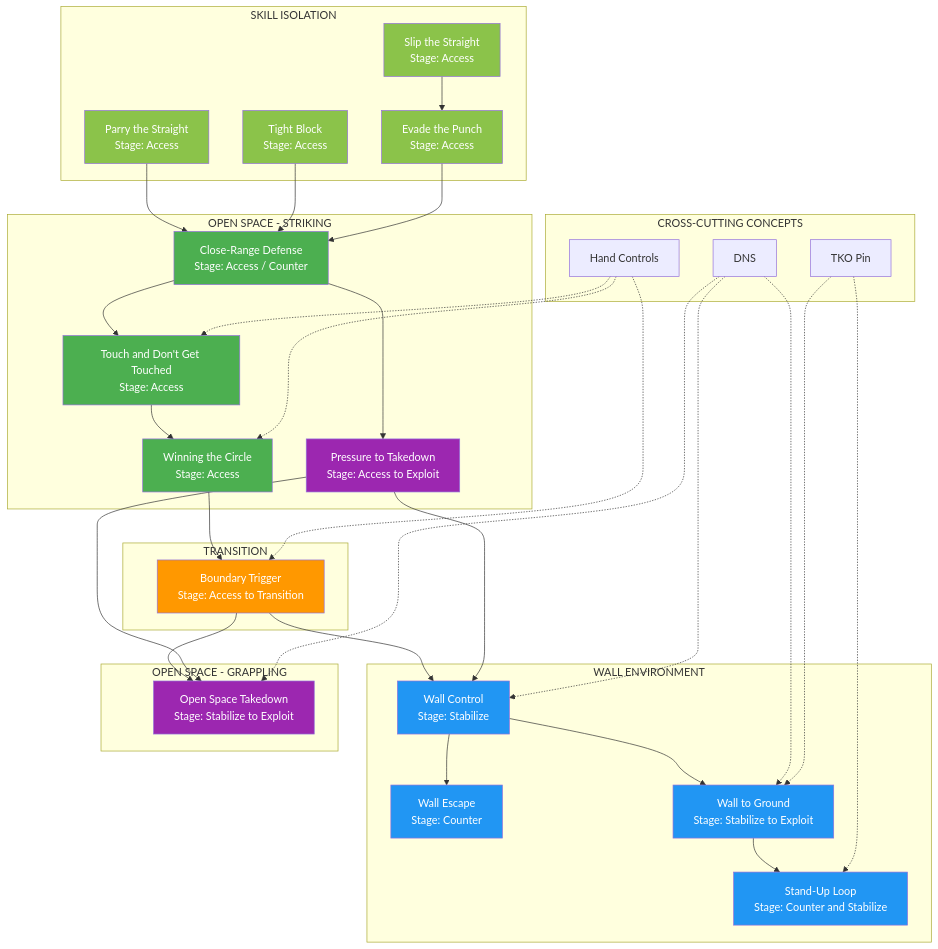
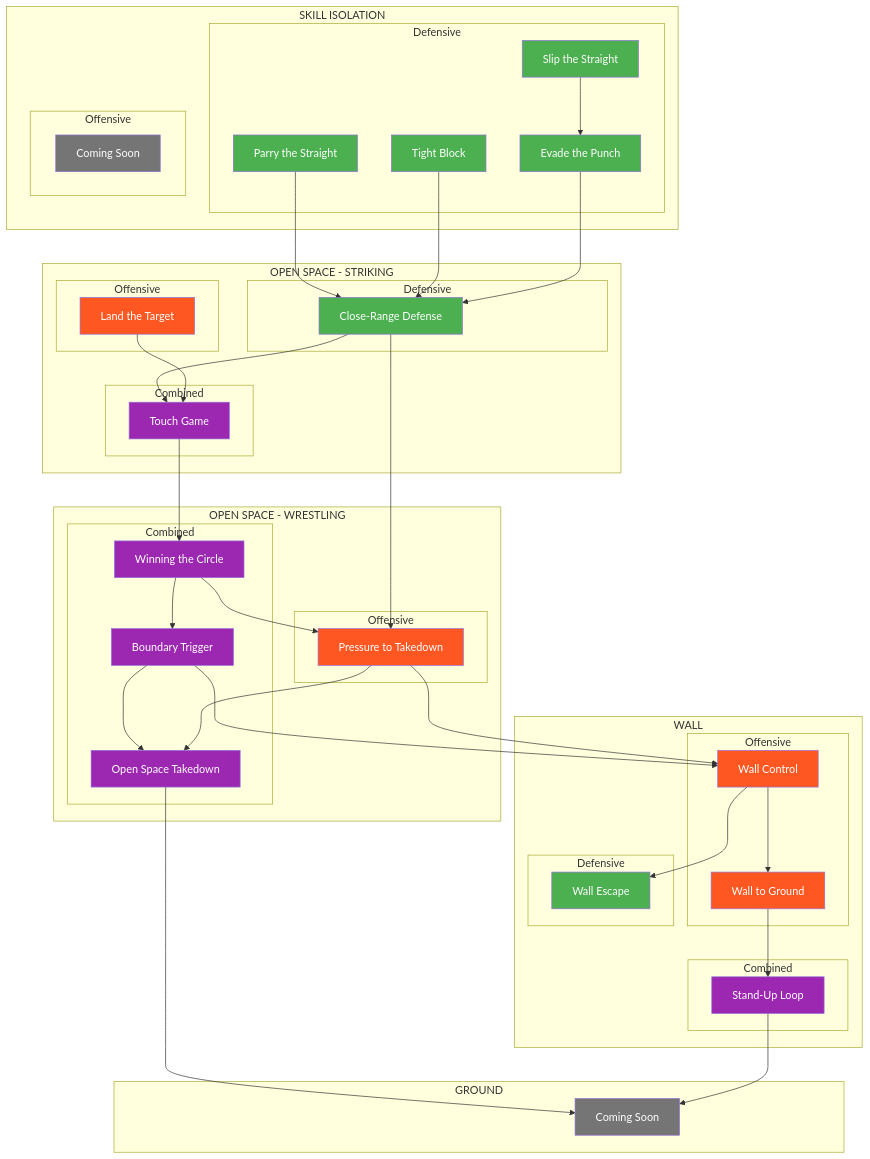
Before and after one commit to ACalienes/Ecological-MMA-Game-System: the first of 5 diagrams in docs/system/map.md, drawn with Mermaid. The commit also changed other lines of this file and 26 other files, not shown here.

First line of the commit message:
Major system reorganization: Environment → Domain → Focus hierarchy

````diff
--- a/docs/system/map.md
+++ b/docs/system/map.md
@@ -9,97 +9,107 @@
 ```mermaid
 flowchart TD
-    subgraph SKILL_ISOLATION["SKILL ISOLATION"]
-        P[Parry the Straight<br/>Stage: Access]
-        TB[Tight Block<br/>Stage: Access]
-        SS[Slip the Straight<br/>Stage: Access]
-        EP[Evade the Punch<br/>Stage: Access]
+    subgraph SKILL_ISO["SKILL ISOLATION"]
+        subgraph SI_DEF["Defensive"]
+            P[Parry the Straight]
+            TB[Tight Block]
+            SS[Slip the Straight]
+            EP[Evade the Punch]
+        end
+        subgraph SI_OFF["Offensive"]
+            SIO[Coming Soon]
+        end
     end
 
-    subgraph STRIKING["OPEN SPACE - STRIKING"]
-        CRD[Close-Range Defense<br/>Stage: Access / Counter]
-        A[Touch and Don't Get Touched<br/>Stage: Access]
-        B[Winning the Circle<br/>Stage: Access]
-        PTT[Pressure to Takedown<br/>Stage: Access to Exploit]
+    subgraph OPEN_STRIKING["OPEN SPACE - STRIKING"]
+        subgraph OS_DEF["Defensive"]
+            CRD[Close-Range Defense]
+        end
+        subgraph OS_OFF["Offensive"]
+            LT[Land the Target]
+        end
+        subgraph OS_COM["Combined"]
+            TG[Touch Game]
+        end
     end
 
-    subgraph TRANSITION["TRANSITION"]
-        C[Boundary Trigger<br/>Stage: Access to Transition]
+    subgraph OPEN_WRESTLING["OPEN SPACE - WRESTLING"]
+        subgraph OW_OFF["Offensive"]
+            PTT[Pressure to Takedown]
+        end
+        subgraph OW_COM["Combined"]
+            WC[Winning the Circle]
+            BT[Boundary Trigger]
+            OST[Open Space Takedown]
+        end
     end
 
-    subgraph WALL["WALL ENVIRONMENT"]
-        D[Wall Control<br/>Stage: Stabilize]
-        E[Wall Escape<br/>Stage: Counter]
-        F[Wall to Ground<br/>Stage: Stabilize to Exploit]
-        G[Stand-Up Loop<br/>Stage: Counter and Stabilize]
+    subgraph WALL["WALL"]
+        subgraph W_OFF["Offensive"]
+            WCon[Wall Control]
+            WG[Wall to Ground]
+        end
+        subgraph W_DEF["Defensive"]
+            WE[Wall Escape]
+        end
+        subgraph W_COM["Combined"]
+            SUL[Stand-Up Loop]
+        end
     end
 
-    subgraph OPEN_GRAPPLING["OPEN SPACE - GRAPPLING"]
-        H[Open Space Takedown<br/>Stage: Stabilize to Exploit]
+    subgraph GROUND["GROUND"]
+        GRD[Coming Soon]
     end
 
-    subgraph CONCEPTS["CROSS-CUTTING CONCEPTS"]
-        DNS[DNS]
-        TKO[TKO Pin]
-        HC[Hand Controls]
-    end
-
+    %% Skill Isolation flows
     P --> CRD
     TB --> CRD
     SS --> EP
     EP --> CRD
-    CRD --> A
+
+    %% Offensive/Defensive convergence
+    CRD --> TG
+    LT --> TG
+
+    %% Open Space progression
+    TG --> WC
+    WC --> BT
+
+    %% Wrestling progression
+    BT --> WCon
+    BT --> OST
     CRD --> PTT
-    A --> B
-    B --> C
-    C --> D
-    C --> H
-    PTT --> D
-    PTT --> H
-    D --> E
-    D --> F
-    F --> G
+    WC --> PTT
+    PTT --> WCon
+    PTT --> OST
 
-    HC -.-> A
-    HC -.-> B
-    HC -.-> C
+    %% Wall progression
+    WCon --> WE
+    WCon --> WG
+    WG --> SUL
 
-    DNS -.-> D
-    DNS -.-> F
-    DNS -.-> H
+    %% To Ground
+    OST --> GRD
+    SUL --> GRD
 
-    TKO -.-> F
-    TKO -.-> G
+    %% Styling by focus
+    style P fill:#4CAF50,color:#fff
+    style TB fill:#4CAF50,color:#fff
+    style SS fill:#4CAF50,color:#fff
+    style EP fill:#4CAF50,color:#fff
+    style CRD fill:#4CAF50,color:#fff
+    style WE fill:#4CAF50,color:#fff
 
-    click P "/games/parry-the-straight/"
-    click TB "/games/tight-block/"
-    click SS "/games/slip-the-straight/"
-    click EP "/games/evade-the-punch/"
-    click CRD "/games/close-range-defense/"
-    click A "/games/touch-game/"
-    click B "/games/winning-circle/"
-    click PTT "/games/pressure-to-takedown/"
-    click C "/games/boundary-trigger/"
-    click D "/games/wall-control/"
-    click E "/games/wall-escape/"
-    click F "/games/wall-to-ground/"
-    click G "/games/standup-loop/"
-    click H "/games/open-space-takedown/"
-    click HC "/concepts/hand-controls/"
-    click TKO "/concepts/tko-pin/"
-    click DNS "/concepts/tko-pin/"
+    style LT fill:#FF5722,color:#fff
+    style PTT fill:#FF5722,color:#fff
+    style WCon fill:#FF5722,color:#fff
+    style WG fill:#FF5722,color:#fff
 
-    style P fill:#8BC34A,color:#fff
-    style TB fill:#8BC34A,color:#fff
-    style SS fill:#8BC34A,color:#fff
-    style EP fill:#8BC34A,color:#fff
-    style CRD fill:#4CAF50,color:#fff
-    style A fill:#4CAF50,color:#fff
-    style B fill:#4CAF50,color:#fff
-    style PTT fill:#9C27B0,color:#fff
-    style C fill:#FF9800,color:#fff
-    style D fill:#2196F3,color:#fff
-    style E fill:#2196F3,color:#fff
-    style F fill:#2196F3,color:#fff
-    style G fill:#2196F3,color:#fff
-    style H fill:#9C27B0,color:#fff
+    style TG fill:#9C27B0,color:#fff
+    style WC fill:#9C27B0,color:#fff
+    style BT fill:#9C27B0,color:#fff
+    style OST fill:#9C27B0,color:#fff
+    style SUL fill:#9C27B0,color:#fff
+
+    style SIO fill:#757575,color:#fff
+    style GRD fill:#757575,color:#fff
 ```
````
